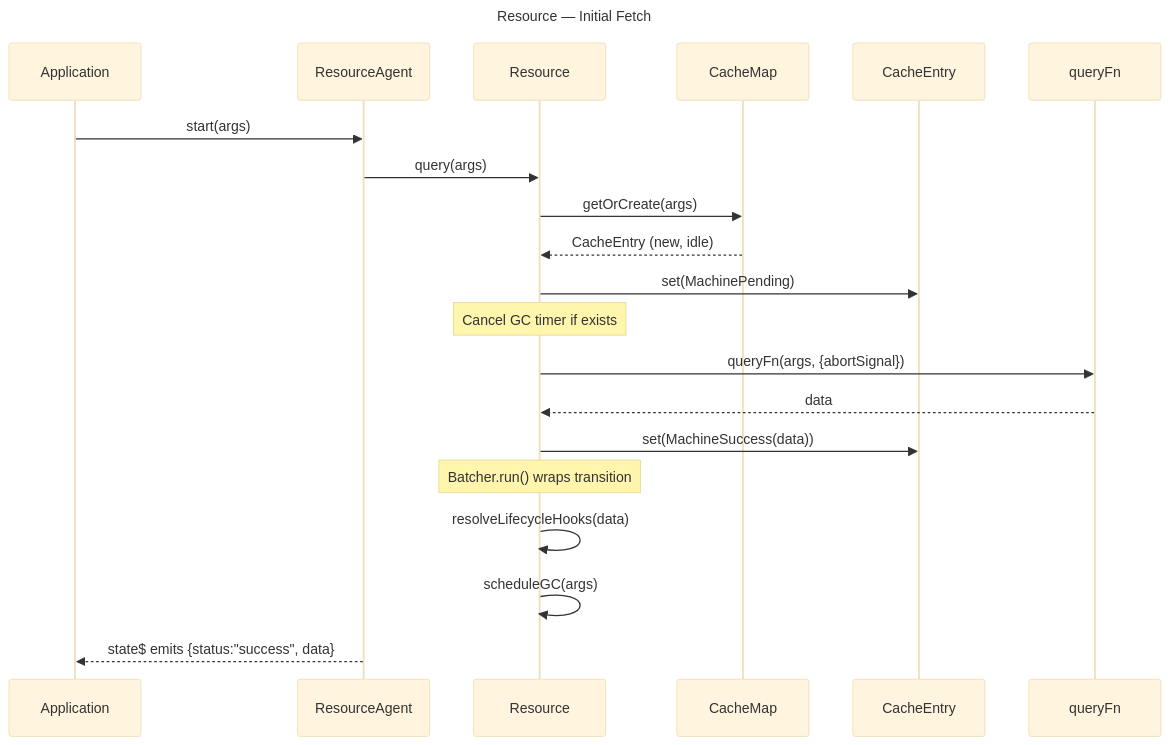
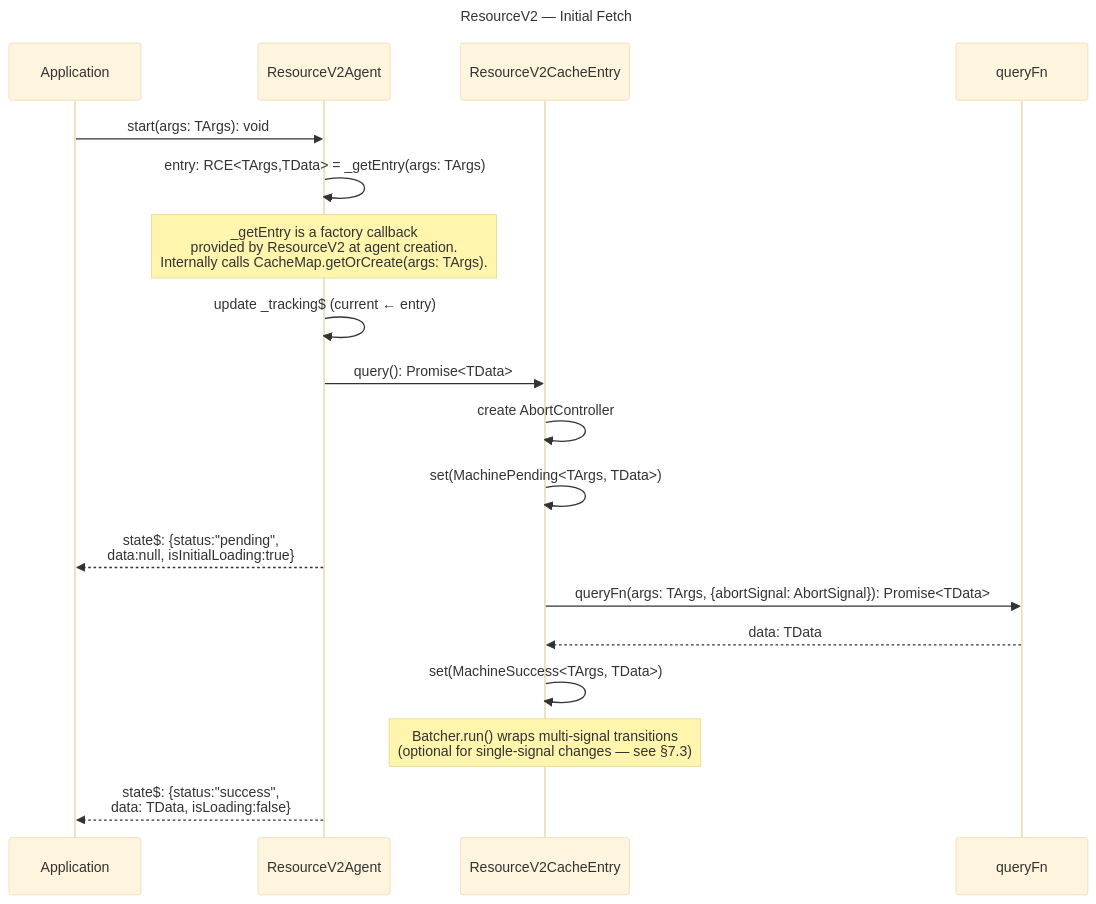
The first of 19 diagrams in .thoughts/2026-03-23-1400_query-v2-full-implementation/02-design/02-dataflow.md (fozy-labs/rx-toolkit), drawn with Mermaid (base theme) before and after one commit. The commit also changed other lines of this file and 204 other files, not shown here.

````diff
--- a/.thoughts/2026-03-23-1400_query-v2-full-implementation/02-design/02-dataflow.md
+++ b/.thoughts/2026-03-23-1400_query-v2-full-implementation/02-design/02-dataflow.md
@@ -14,24 +14,22 @@
 ```mermaid
 sequenceDiagram
-    title Resource — Initial Fetch
+    title ResourceV2 — Initial Fetch
     participant App as Application
-    participant Agent as ResourceAgent
-    participant Res as Resource
-    participant CM as CacheMap
-    participant CE as CacheEntry
+    participant Agent as ResourceV2Agent
+    participant RCE as ResourceV2CacheEntry
     participant QFn as queryFn
     
-    App->>Agent: start(args)
-    Agent->>Res: query(args)
-    Res->>CM: getOrCreate(args)
-    CM-->>Res: CacheEntry (new, idle)
-    Res->>CE: set(MachinePending)
-    Note over Res: Cancel GC timer if exists
-    Res->>QFn: queryFn(args, {abortSignal})
-    QFn-->>Res: data
-    Res->>CE: set(MachineSuccess(data))
-    Note over Res: Batcher.run() wraps transition
-    Res->>Res: resolveLifecycleHooks(data)
-    Res->>Res: scheduleGC(args)
-    Agent-->>App: state$ emits {status:"success", data}
+    App->>Agent: start(args: TArgs): void
+    Agent->>Agent: entry: RCE<TArgs,TData> = _getEntry(args: TArgs)
+    Note over Agent: _getEntry is a factory callback<br/>provided by ResourceV2 at agent creation.<br/>Internally calls CacheMap.getOrCreate(args: TArgs).
+    Agent->>Agent: update _tracking$ (current ← entry)
+    Agent->>RCE: query(): Promise<TData>
+    RCE->>RCE: create AbortController
+    RCE->>RCE: set(MachinePending<TArgs, TData>)
+    Agent-->>App: state$: {status:"pending",<br/>data:null, isInitialLoading:true}
+    RCE->>QFn: queryFn(args: TArgs, {abortSignal: AbortSignal}): Promise<TData>
+    QFn-->>RCE: data: TData
+    RCE->>RCE: set(MachineSuccess<TArgs, TData>)
+    Note over RCE: Batcher.run() wraps multi-signal transitions<br/>(optional for single-signal changes — see §7.3)
+    Agent-->>App: state$: {status:"success",<br/>data: TData, isLoading:false}
 ```
````
